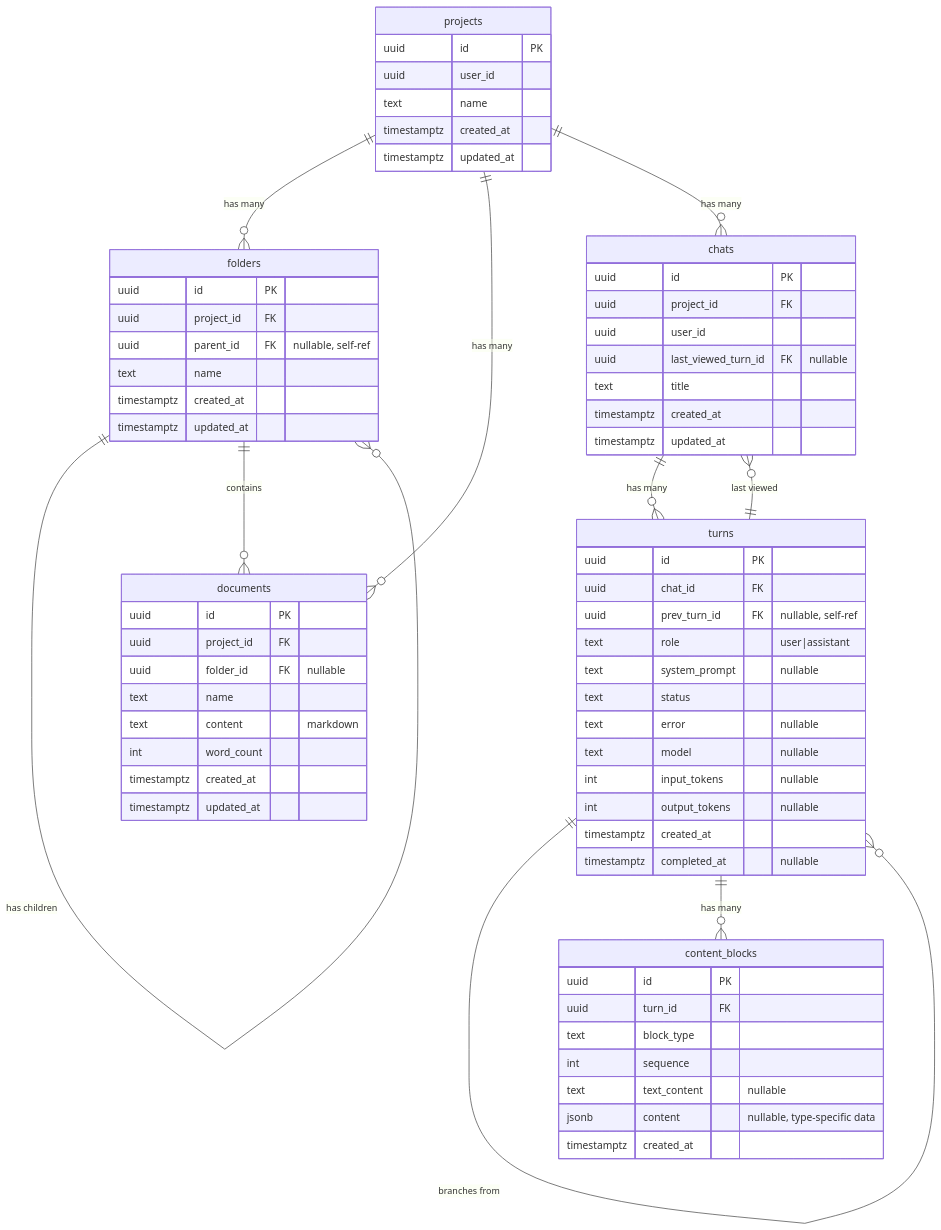
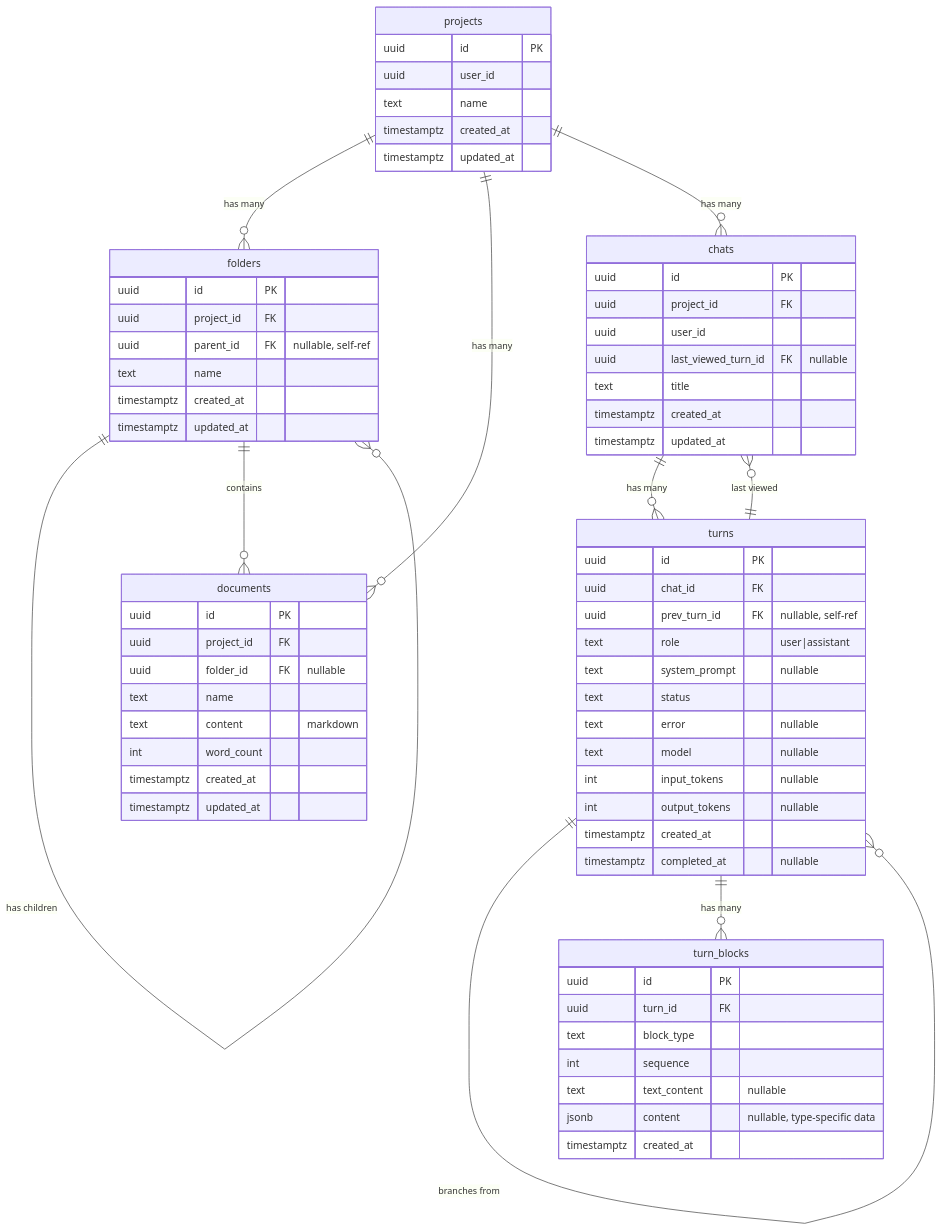
The first of 2 diagrams in _docs/technical/backend/database/schema.md (haowjy/meridian), drawn with Mermaid before and after one commit. The commit also changed other lines of this file and 42 other files, not shown here.

First line of the commit message:
IMPLEMENT LLM CHAT STREAMING and REFACTOR TO USE TURN_BLOCKS

````diff
--- a/_docs/technical/backend/database/schema.md
+++ b/_docs/technical/backend/database/schema.md
@@ -14,75 +14,75 @@
 ```mermaid
 erDiagram
     projects ||--o{ folders : "has many"
     projects ||--o{ documents : "has many"
     projects ||--o{ chats : "has many"
     folders ||--o{ folders : "has children"
     folders ||--o{ documents : "contains"
     chats ||--o{ turns : "has many"
     chats }o--|| turns : "last viewed"
     turns ||--o{ turns : "branches from"
-    turns ||--o{ content_blocks : "has many"
+    turns ||--o{ turn_blocks : "has many"
 
     projects {
         uuid id PK
         uuid user_id
         text name
         timestamptz created_at
         timestamptz updated_at
     }
 
     folders {
         uuid id PK
         uuid project_id FK
         uuid parent_id FK "nullable, self-ref"
         text name
         timestamptz created_at
         timestamptz updated_at
     }
 
     documents {
         uuid id PK
         uuid project_id FK
         uuid folder_id FK "nullable"
         text name
         text content "markdown"
         int word_count
         timestamptz created_at
         timestamptz updated_at
     }
 
     chats {
         uuid id PK
         uuid project_id FK
         uuid user_id
         uuid last_viewed_turn_id FK "nullable"
         text title
         timestamptz created_at
         timestamptz updated_at
     }
 
     turns {
         uuid id PK
         uuid chat_id FK
         uuid prev_turn_id FK "nullable, self-ref"
         text role "user|assistant"
         text system_prompt "nullable"
         text status
         text error "nullable"
         text model "nullable"
         int input_tokens "nullable"
         int output_tokens "nullable"
         timestamptz created_at
         timestamptz completed_at "nullable"
     }
 
-    content_blocks {
+    turn_blocks {
         uuid id PK
         uuid turn_id FK
         text block_type
         int sequence
         text text_content "nullable"
         jsonb content "nullable, type-specific data"
         timestamptz created_at
     }
 ```
````
